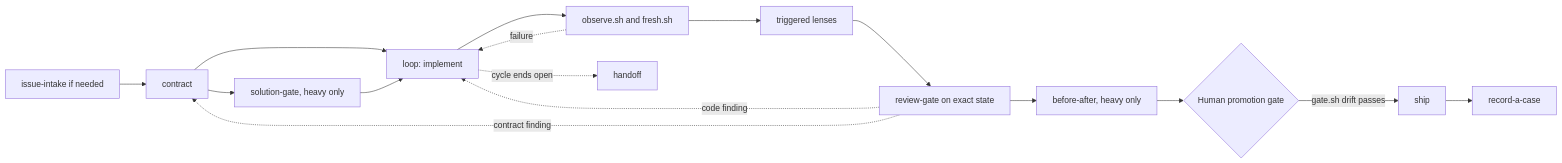
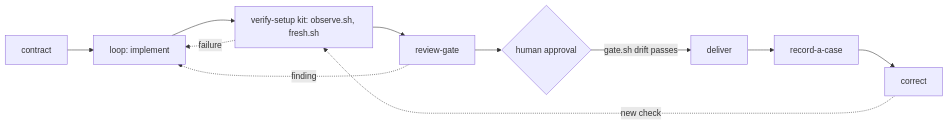
One commit to Railly/skills changed the diagram in README.md. Above: the diagram before and after it, drawn with Mermaid. The commit also changed other lines of this file and 65 other files, not shown here.

````diff
--- a/README.md
+++ b/README.md
@@ -77,18 +11,13 @@
 ```mermaid
 flowchart LR
-  Select[issue-intake if needed] --> Contract[contract]
-  Contract --> Shape[solution-gate, heavy only]
-  Contract --> Implement
-  Shape --> Implement[loop: implement]
-  Implement --> Observe[observe.sh and fresh.sh]
-  Observe --> Lenses[triggered lenses]
-  Lenses --> Review[review-gate on exact state]
-  Review --> Show[before-after, heavy only]
-  Show --> HumanP{Human promotion gate}
-  HumanP -->|gate.sh drift passes| Deliver[ship]
-  Deliver --> Case[record-a-case]
-  Observe -.failure.-> Implement
-  Review -.code finding.-> Implement
-  Review -.contract finding.-> Contract
-  Implement -.cycle ends open.-> Handoff[handoff]
+  Contract[contract] --> Loop[loop: implement]
+  Loop --> Observe[verify-setup kit: observe.sh, fresh.sh]
+  Observe --> Review[review-gate]
+  Review --> Human{human approval}
+  Human -->|gate.sh drift passes| Deliver[deliver]
+  Deliver --> Record[record-a-case]
+  Record --> Correct[correct]
+  Observe -.failure.-> Loop
+  Review -.finding.-> Loop
+  Correct -.new check.-> Observe
 ```
````
